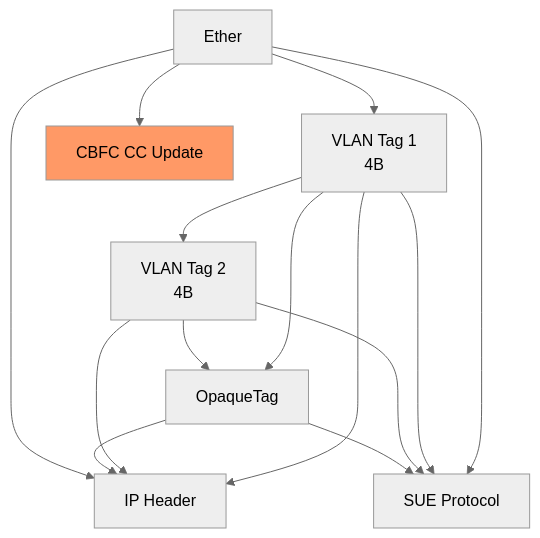
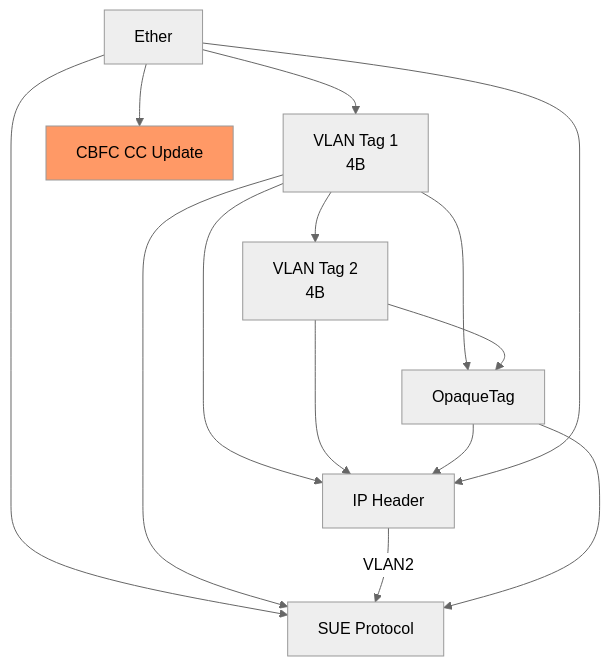
One commit to RuyeeAI/HardwareDesign changed the first of 4 diagrams in docs/PreParser.md. Above: the diagram before and after it, drawn with Mermaid (neutral theme). The commit also changed other lines of this file, not shown here.

Commit message:
Fix mermaid syntax in section 2.3

````diff
--- a/docs/PreParser.md
+++ b/docs/PreParser.md
@@ -60,19 +60,19 @@
 ```mermaid
 flowchart TD
     Ether --> VLAN1[VLAN Tag 1<br/>4B]
     Ether --> SUE[SUE Protocol]
     Ether --> CC_UPDATE[CBFC CC Update]
     VLAN1 --> VLAN2[VLAN Tag 2<br/>4B]
     VLAN1 --> IP[IP Header]
     VLAN1 --> SUE
     VLAN1 --> OpaqueTag
     VLAN2 --> OpaqueTag
     VLAN2 --> IP
-    VLAN2 --> SUE
+    -- VLAN2 --> SUE
 
     OpaqueTag --> IP
     OpaqueTag --> SUE
     Ether --> IP
 
     style CC_UPDATE fill:#f96
 ```
````
